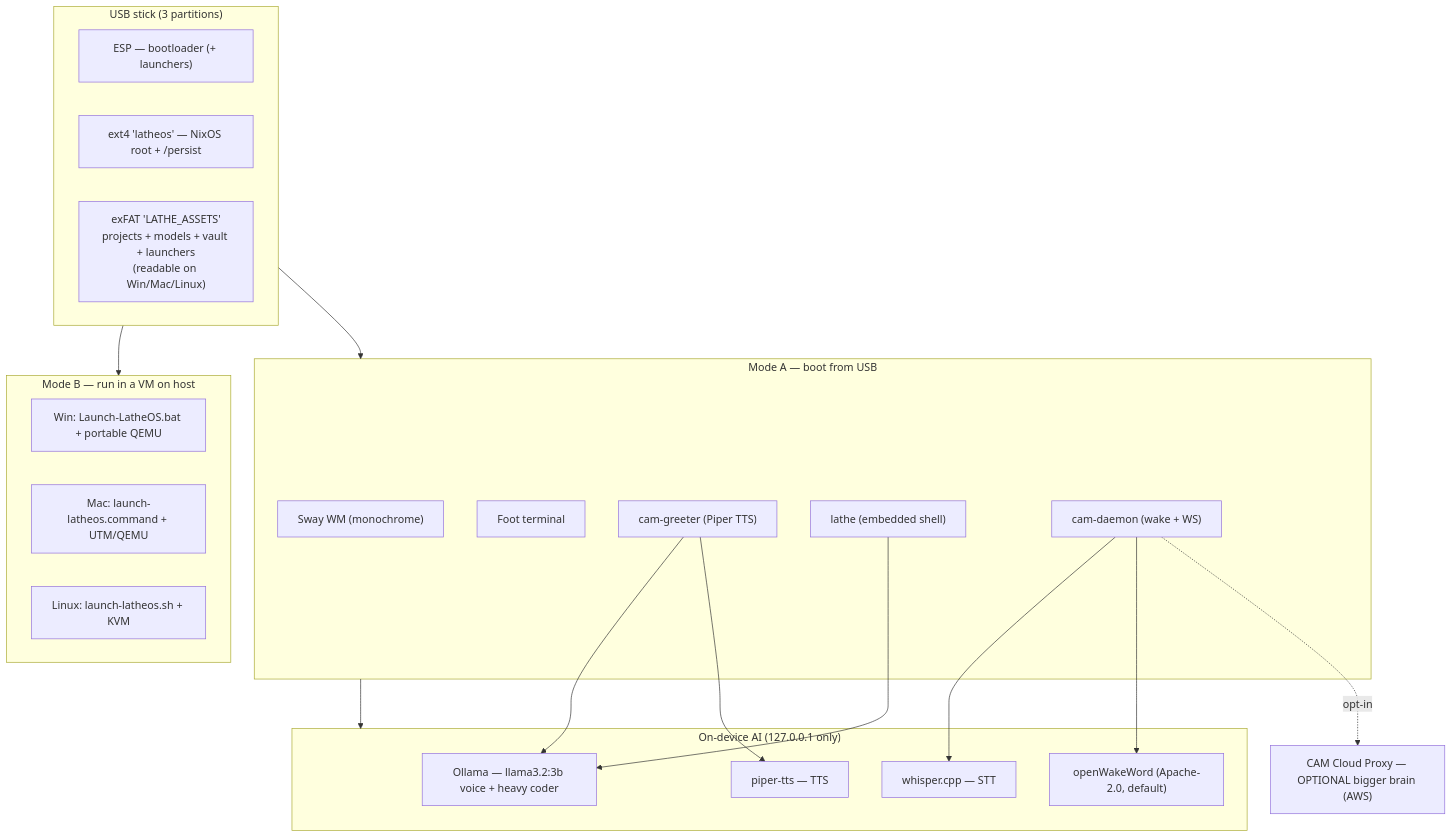
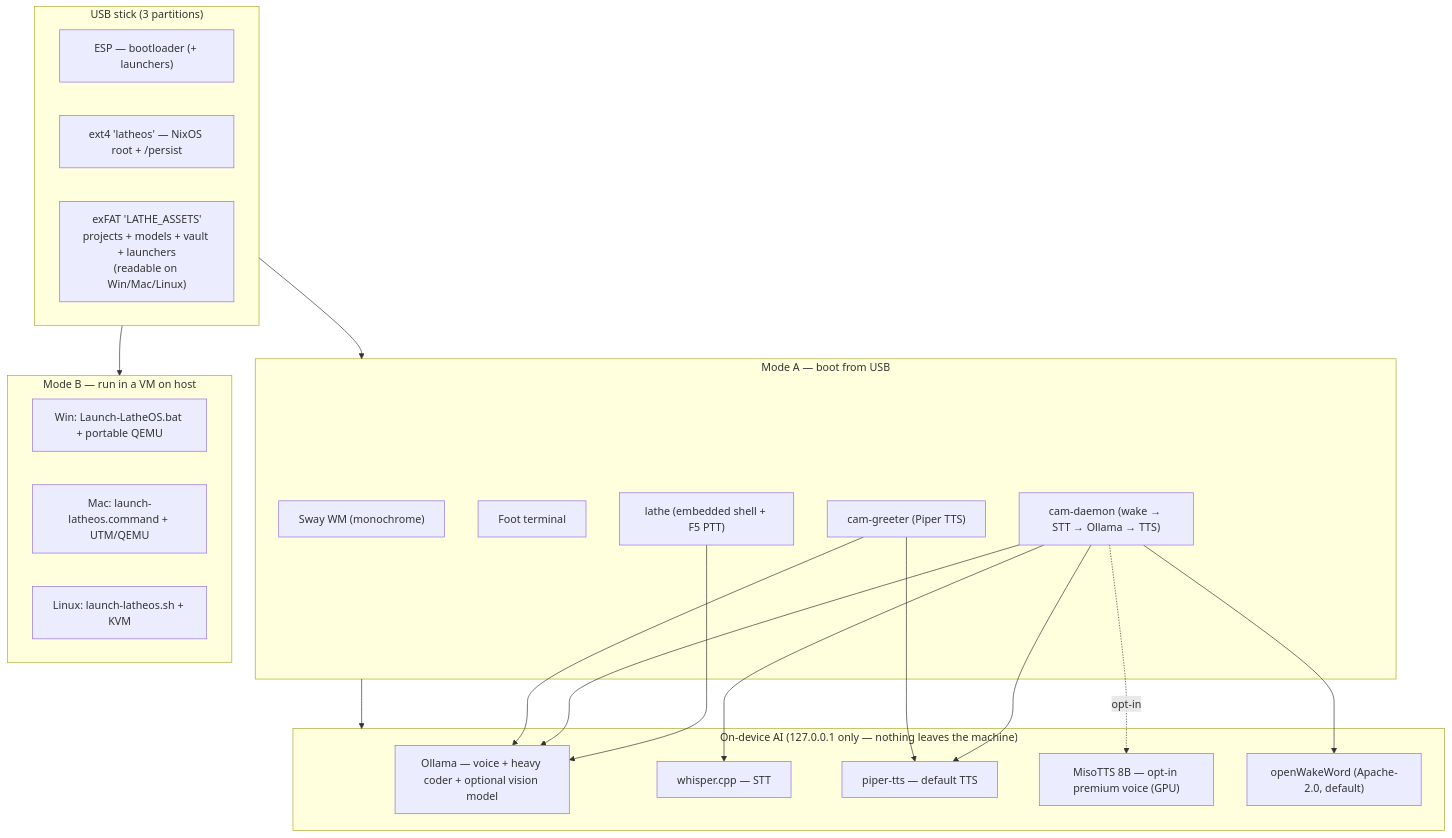
One commit to haminxx/LatheOS changed the first of 2 diagrams in docs/PLAN.md. Above: the diagram before and after it, drawn with Mermaid. The commit also changed other lines of this file and 87 other files, not shown here.

````diff
--- a/docs/PLAN.md
+++ b/docs/PLAN.md
@@ -19,41 +20,42 @@
 ```mermaid
 flowchart TB
   subgraph USB["USB stick (3 partitions)"]
     ESP["ESP — bootloader (+ launchers)"]
     EXT4["ext4 'latheos' — NixOS root + /persist"]
     EXFAT["exFAT 'LATHE_ASSETS'\nprojects + models + vault + launchers\n(readable on Win/Mac/Linux)"]
   end
 
   subgraph BOOT["Mode A — boot from USB"]
     Sway["Sway WM (monochrome)"]
     Foot["Foot terminal"]
     Greeter["cam-greeter (Piper TTS)"]
-    Lathe["lathe (embedded shell)"]
-    CamD["cam-daemon (wake + WS)"]
+    Lathe["lathe (embedded shell + F5 PTT)"]
+    CamD["cam-daemon (wake → STT → Ollama → TTS)"]
   end
 
   subgraph VM["Mode B — run in a VM on host"]
     QWin["Win: Launch-LatheOS.bat + portable QEMU"]
     QMac["Mac: launch-latheos.command + UTM/QEMU"]
     QLin["Linux: launch-latheos.sh + KVM"]
   end
 
-  subgraph AI["On-device AI (127.0.0.1 only)"]
-    Ollama["Ollama — llama3.2:3b voice + heavy coder"]
+  subgraph AI["On-device AI (127.0.0.1 only — nothing leaves the machine)"]
+    Ollama["Ollama — voice + heavy coder + optional vision model"]
     Whisper["whisper.cpp — STT"]
-    Piper["piper-tts — TTS"]
+    Piper["piper-tts — default TTS"]
+    Miso["MisoTTS 8B — opt-in premium voice (GPU)"]
     OWW["openWakeWord (Apache-2.0, default)"]
   end
-
-  Cloud["CAM Cloud Proxy — OPTIONAL bigger brain (AWS)"]
 
   USB --> BOOT
   USB --> VM
   BOOT --> AI
-  CamD -.opt-in.-> Cloud
   Lathe --> Ollama
   CamD --> OWW
   CamD --> Whisper
+  CamD --> Ollama
+  CamD --> Piper
+  CamD -.opt-in.-> Miso
   Greeter --> Piper
   Greeter --> Ollama
 ```
````
